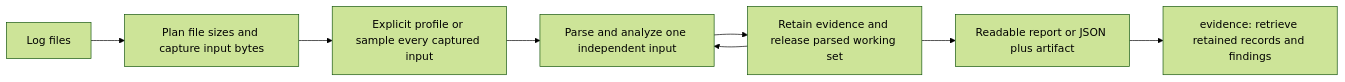
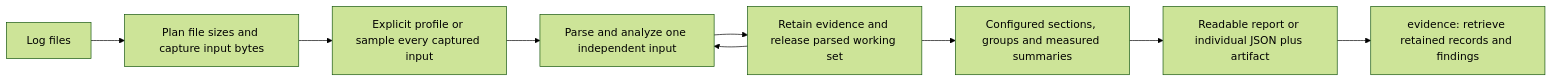
The diagram in README.md (eirenik0/log-analyzer), drawn with Mermaid (forest theme) before and after one commit. The commit also changed other lines of this file and 20 other files, not shown here.

````diff
--- a/README.md
+++ b/README.md
@@ -90,10 +98,11 @@
 ```mermaid
 flowchart LR
   A[Log files] --> B[Plan file sizes and capture input bytes]
   B --> C[Explicit profile or sample every captured input]
   C --> D[Parse and analyze one independent input]
   D --> E[Retain evidence and release parsed working set]
   E --> D
-  E --> F[Readable report or JSON plus artifact]
+  E --> V[Configured sections, groups and measured summaries]
+  V --> F[Readable report or individual JSON plus artifact]
   F --> G[evidence: retrieve retained records and findings]
 ```
````
